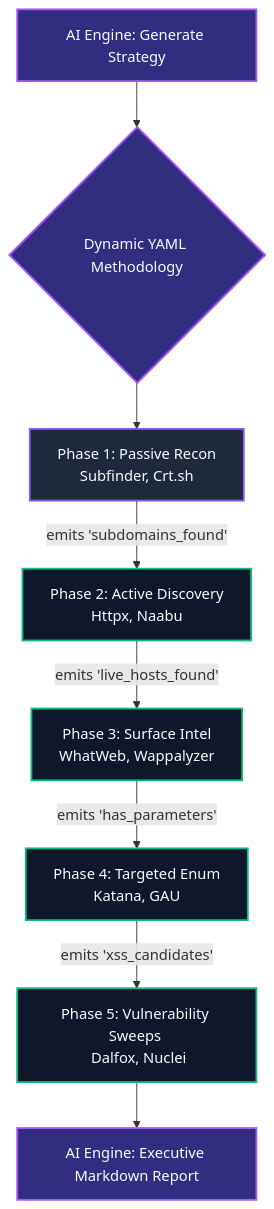
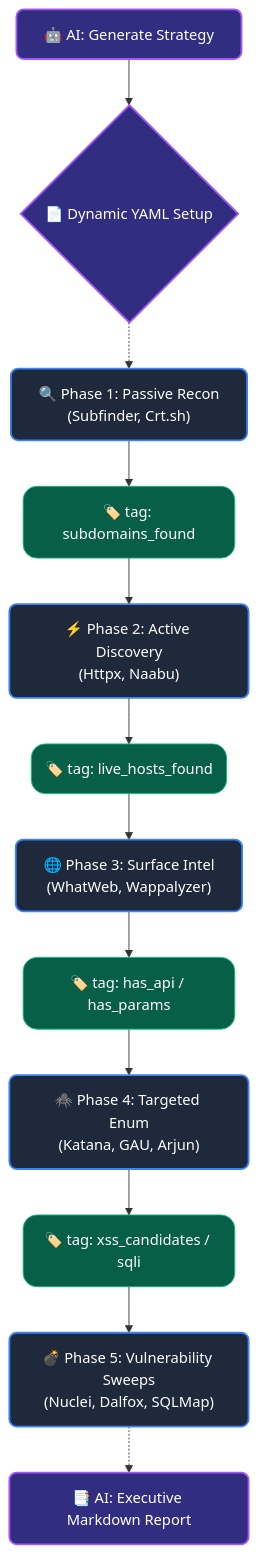
The second of 2 diagrams in README.md (HuntForgeHQ/huntforge), drawn with Mermaid before and after one commit. The commit also changed other lines of this file, not shown here.

Commit message:
Docs: Enhance Mermaid architecture diagrams with modern styling

````diff
--- a/README.md
+++ b/README.md
@@ -57,15 +65,25 @@
 ```mermaid
 graph TD
-    classDef start fill:#1f2937,stroke:#3b82f6,stroke-width:2px,color:#f8fafc
-    classDef active fill:#0f172a,stroke:#10b981,stroke-width:2px,color:#f8fafc
-    classDef passive fill:#1e293b,stroke:#8b5cf6,stroke-width:2px,color:#f8fafc
-    classDef ai fill:#312e81,stroke:#a855f7,stroke-width:2px,color:#f8fafc
+    %% Styling
+    classDef phase fill:#1e293b,stroke:#3b82f6,stroke-width:2px,color:#fff,rx:8,ry:8
+    classDef ai_phase fill:#312e81,stroke:#a855f7,stroke-width:2px,color:#fff,rx:8,ry:8
+    classDef tag fill:#065f46,stroke:#10b981,stroke-width:1px,color:#fff,rx:15,ry:15
 
-    A[AI Engine: Generate Strategy]:::ai --> B{Dynamic YAML Methodology}:::ai
-    B --> C[Phase 1: Passive Recon <br/> Subfinder, Crt.sh]:::passive
-    C -- "emits 'subdomains_found'" --> D[Phase 2: Active Discovery <br/> Httpx, Naabu]:::active
-    D -- "emits 'live_hosts_found'" --> E[Phase 3: Surface Intel <br/> WhatWeb, Wappalyzer]:::active
-    E -- "emits 'has_parameters'" --> F[Phase 4: Targeted Enum <br/> Katana, GAU]:::active
-    F -- "emits 'xss_candidates'" --> G[Phase 5: Vulnerability Sweeps <br/> Dalfox, Nuclei]:::active
-    G --> H[AI Engine: Executive Markdown Report]:::ai
+    %% Nodes
+    A["🤖 AI: Generate Strategy"]:::ai_phase --> B{"📄 Dynamic YAML Setup"}:::ai_phase
+    B -.-> C["🔍 Phase 1: Passive Recon\n(Subfinder, Crt.sh)"]:::phase
+    
+    C --> T1("🏷️ tag: subdomains_found"):::tag
+    T1 --> D["⚡ Phase 2: Active Discovery\n(Httpx, Naabu)"]:::phase
+    
+    D --> T2("🏷️ tag: live_hosts_found"):::tag
+    T2 --> E["🌐 Phase 3: Surface Intel\n(WhatWeb, Wappalyzer)"]:::phase
+    
+    E --> T3("🏷️ tag: has_api / has_params"):::tag
+    T3 --> F["🕷️ Phase 4: Targeted Enum\n(Katana, GAU, Arjun)"]:::phase
+    
+    F --> T4("🏷️ tag: xss_candidates / sqli"):::tag
+    T4 --> G["💣 Phase 5: Vulnerability Sweeps\n(Nuclei, Dalfox, SQLMap)"]:::phase
+    
+    G -.-> H["📑 AI: Executive Markdown Report"]:::ai_phase
 ```
````
